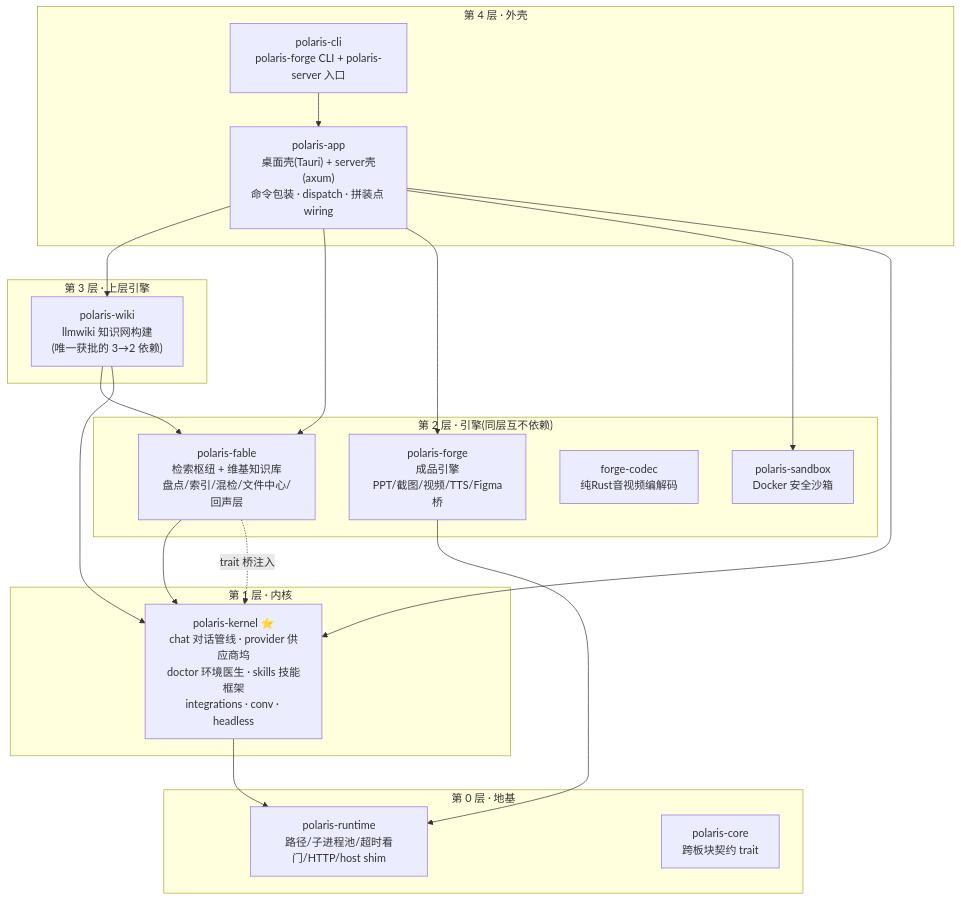
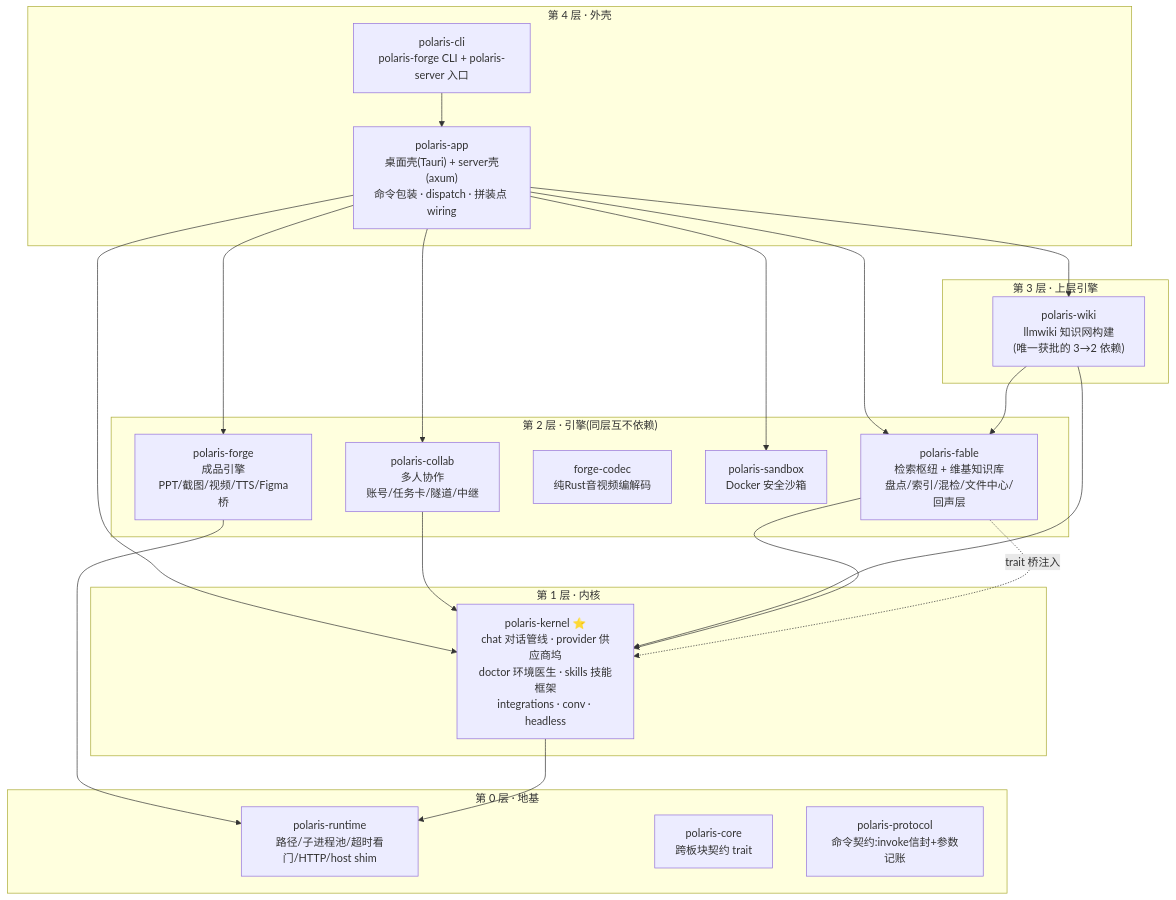
Before and after one commit to wuli2025/polaris_coworker: the diagram in README.md, drawn with Mermaid. The commit also changed other lines of this file, not shown here.

Commit message:
docs: README 同步 Phase 2 — 12 crate(collab/protocol 入列积木清单与架构图)

````diff
--- a/README.md
+++ b/README.md
@@ -35,31 +35,34 @@
 ```mermaid
 graph TB
     subgraph L4["第 4 层 · 外壳"]
         APP["polaris-app<br/>桌面壳(Tauri) + server壳(axum)<br/>命令包装 · dispatch · 拼装点 wiring"]
         CLI["polaris-cli<br/>polaris-forge CLI + polaris-server 入口"]
     end
     subgraph L3["第 3 层 · 上层引擎"]
         WIKI["polaris-wiki<br/>llmwiki 知识网构建<br/>(唯一获批的 3→2 依赖)"]
     end
     subgraph L2["第 2 层 · 引擎(同层互不依赖)"]
         FABLE["polaris-fable<br/>检索枢纽 + 维基知识库<br/>盘点/索引/混检/文件中心/回声层"]
         FORGE["polaris-forge<br/>成品引擎<br/>PPT/截图/视频/TTS/Figma桥"]
         CODEC["forge-codec<br/>纯Rust音视频编解码"]
         SBX["polaris-sandbox<br/>Docker 安全沙箱"]
+        COLLAB["polaris-collab<br/>多人协作<br/>账号/任务卡/隧道/中继"]
     end
     subgraph L1["第 1 层 · 内核"]
         KERNEL["polaris-kernel ⭐<br/>chat 对话管线 · provider 供应商坞<br/>doctor 环境医生 · skills 技能框架<br/>integrations · conv · headless"]
     end
     subgraph L0["第 0 层 · 地基"]
         RT["polaris-runtime<br/>路径/子进程池/超时看门/HTTP/host shim"]
         CORE["polaris-core<br/>跨板块契约 trait"]
+        PROTO["polaris-protocol<br/>命令契约:invoke信封+参数记账"]
     end
-    APP --> WIKI & FABLE & FORGE & SBX & KERNEL
+    APP --> WIKI & FABLE & FORGE & SBX & COLLAB & KERNEL
+    COLLAB --> KERNEL
     CLI --> APP
     WIKI --> FABLE
     WIKI --> KERNEL
     FABLE --> KERNEL
     FORGE --> RT
     KERNEL --> RT
     FABLE -.trait 桥注入.-> KERNEL
 ```
````
